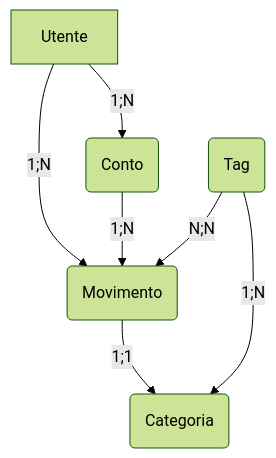
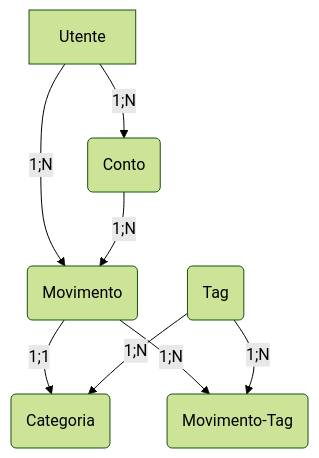
Before and after one commit to StetoVillans/SV-ErMoneiTracher: the diagram in README.MD, drawn with Mermaid (forest theme). The commit also changed other lines of this file and 1 other file, not shown here.

Commit message:
Docs: aggiornato readme db

````diff
--- a/README.MD
+++ b/README.MD
@@ -28,9 +29,10 @@
 ``` mermaid
 flowchart TD
     A[Utente] -->|1;N| B(Movimento)
     A[Utente] -->|1;N| C(Conto)
     B --> |1;1| D(Categoria)
     C --> |1;N| B
-    E(Tag) --> |N;N| B
+    B --> |1;N| F(Movimento-Tag)
+    E(Tag) --> |1;N| F
     E --> |1;N| D
 ```
````
